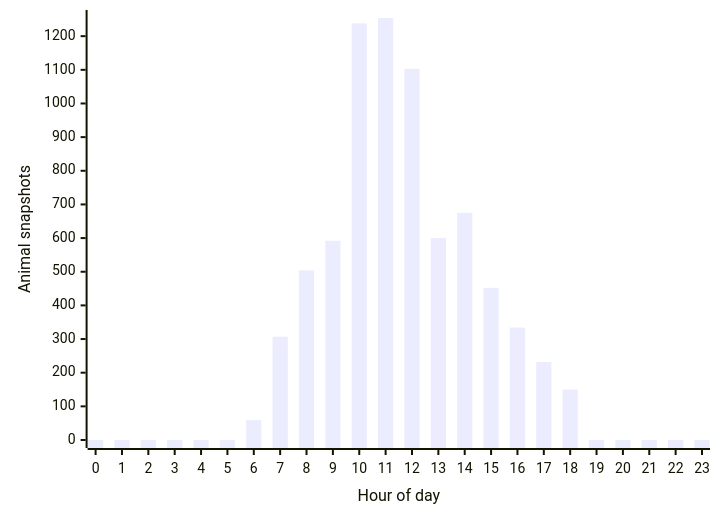
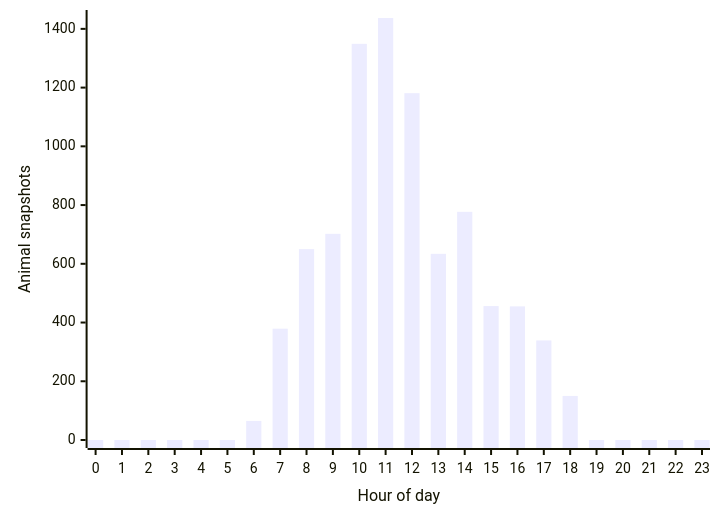
One commit to joshuafrommeyer-35/PierTracker changed the second of 3 diagrams in README.md. Above: the diagram before and after it, drawn with Mermaid. The commit also changed other lines of this file and 7 other files, not shown here.

````diff
--- a/README.md
+++ b/README.md
@@ -140,6 +142,6 @@
 ```mermaid
 xychart-beta
     x-axis "Hour of day" [0, 1, 2, 3, 4, 5, 6, 7, 8, 9, 10, 11, 12, 13, 14, 15, 16, 17, 18, 19, 20, 21, 22, 23]
     y-axis "Animal snapshots"
-    bar [0, 0, 0, 0, 0, 0, 59, 307, 504, 592, 1238, 1254, 1103, 600, 675, 452, 334, 232, 150, 0, 0, 0, 0, 0]
+    bar [0, 0, 0, 0, 0, 0, 65, 379, 650, 702, 1349, 1437, 1181, 634, 777, 456, 455, 339, 150, 0, 0, 0, 0, 0]
 ```
````
